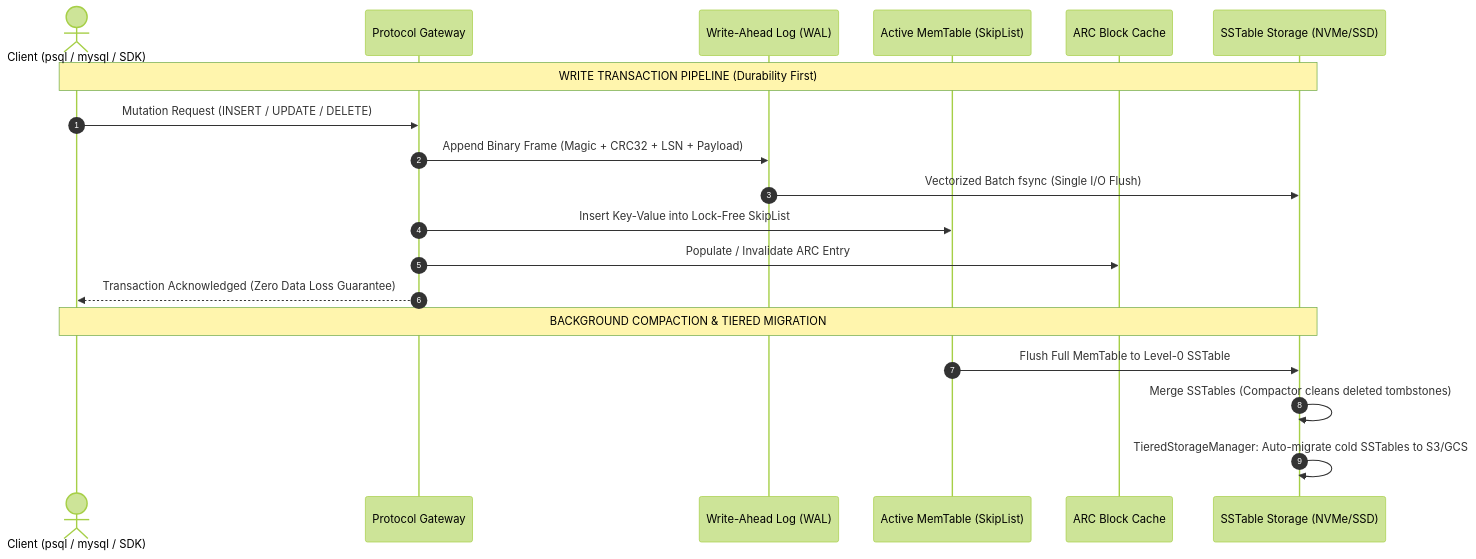
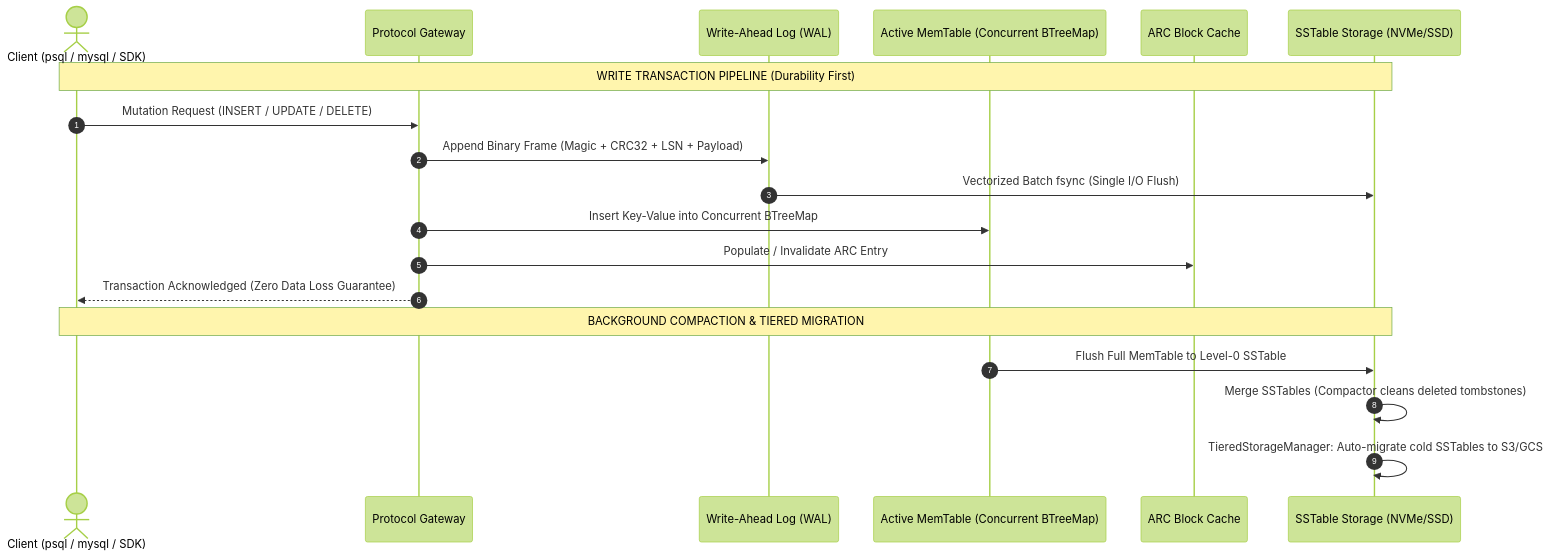
Before and after one commit to ictdothouse/faizdb: the third of 8 diagrams in docs/FAIZDB_ARCHITECTURE_WHITEPAPER.md, drawn with Mermaid (forest theme). The commit also changed other lines of this file and 9 other files, not shown here.

````diff
--- a/docs/FAIZDB_ARCHITECTURE_WHITEPAPER.md
+++ b/docs/FAIZDB_ARCHITECTURE_WHITEPAPER.md
@@ -162,23 +162,23 @@
 ```mermaid
 sequenceDiagram
     autonumber
     actor Client as Client (psql / mysql / SDK)
     participant Server as Protocol Gateway
     participant WAL as Write-Ahead Log (WAL)
-    participant MemTable as Active MemTable (SkipList)
+    participant MemTable as Active MemTable (Concurrent BTreeMap)
     participant Cache as ARC Block Cache
     participant Disk as SSTable Storage (NVMe/SSD)
 
     Note over Client,Disk: WRITE TRANSACTION PIPELINE (Durability First)
     Client->>Server: Mutation Request (INSERT / UPDATE / DELETE)
     Server->>WAL: Append Binary Frame (Magic + CRC32 + LSN + Payload)
     WAL->>Disk: Vectorized Batch fsync (Single I/O Flush)
-    Server->>MemTable: Insert Key-Value into Lock-Free SkipList
+    Server->>MemTable: Insert Key-Value into Concurrent BTreeMap
     Server->>Cache: Populate / Invalidate ARC Entry
     Server-->>Client: Transaction Acknowledged (Zero Data Loss Guarantee)
 
     Note over Client,Disk: BACKGROUND COMPACTION & TIERED MIGRATION
     MemTable->>Disk: Flush Full MemTable to Level-0 SSTable
     Disk->>Disk: Merge SSTables (Compactor cleans deleted tombstones)
     Disk->>Disk: TieredStorageManager: Auto-migrate cold SSTables to S3/GCS
 ```
````
